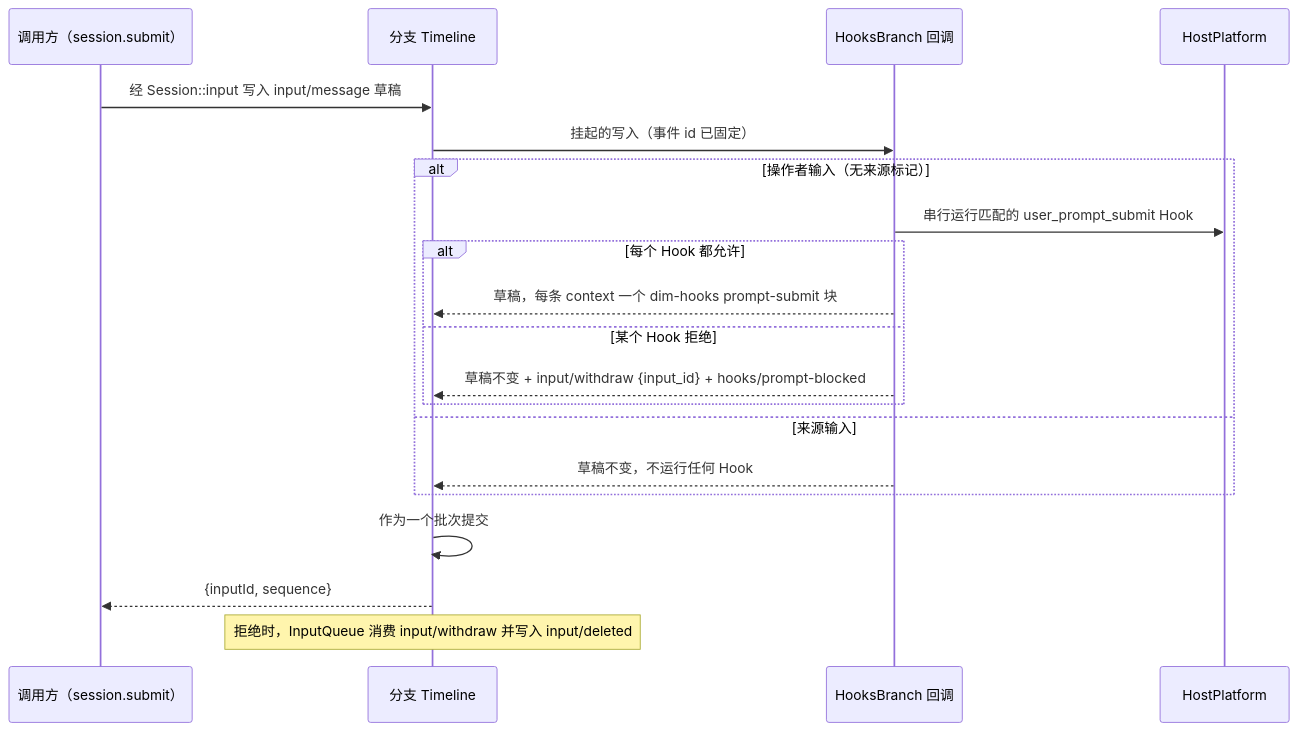
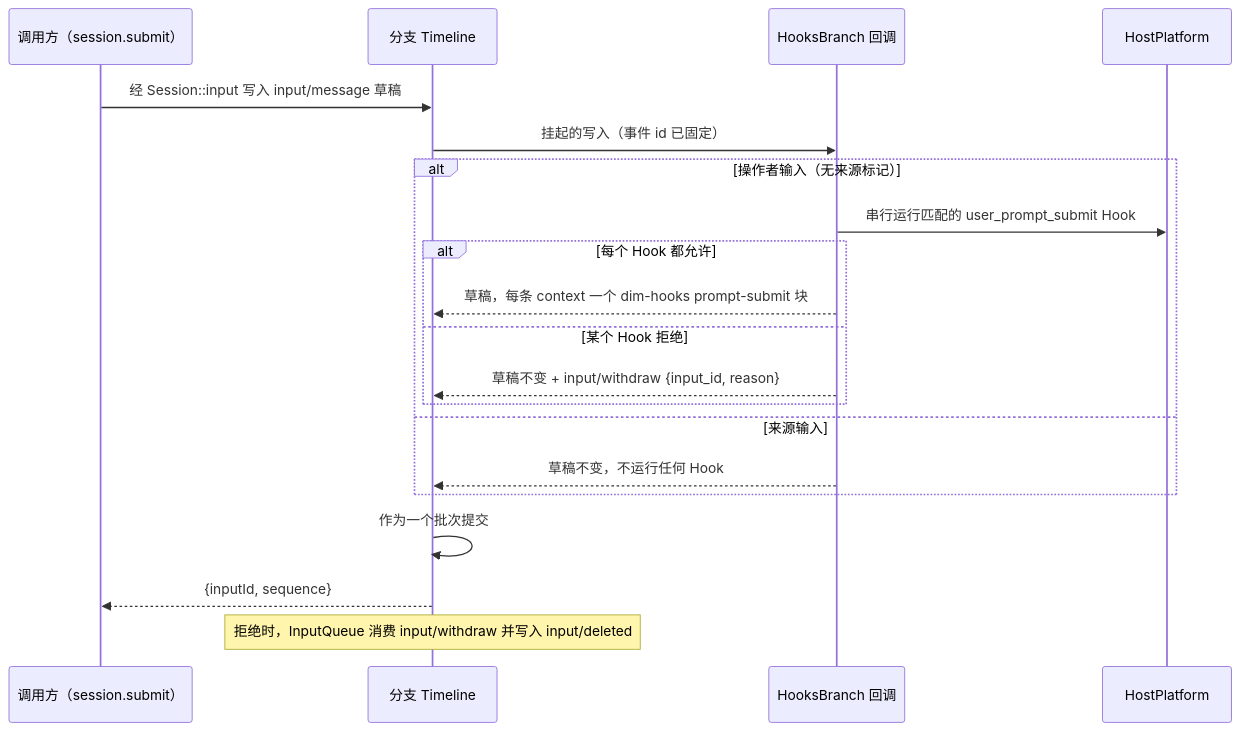
The fourth of 7 diagrams in docs/zh/design/plugins/Hooks.md (CoutinhoTTS/dim-agent), drawn with Mermaid before and after one commit. The commit also changed other lines of this file and 42 other files, not shown here.

````diff
--- a/docs/zh/design/plugins/Hooks.md
+++ b/docs/zh/design/plugins/Hooks.md
@@ -101,22 +104,22 @@
 ```mermaid
 sequenceDiagram
   participant C as 调用方（session.submit）
   participant TL as 分支 Timeline
   participant HB as HooksBranch 回调
   participant HP as HostPlatform
   C->>TL: 经 Session::input 写入 input/message 草稿
   TL->>HB: 挂起的写入（事件 id 已固定）
   alt 操作者输入（无来源标记）
     HB->>HP: 串行运行匹配的 user_prompt_submit Hook
     alt 每个 Hook 都允许
       HB-->>TL: 草稿，每条 context 一个 dim-hooks prompt-submit 块
     else 某个 Hook 拒绝
-      HB-->>TL: 草稿不变 + input/withdraw {input_id} + hooks/prompt-blocked
+      HB-->>TL: 草稿不变 + input/withdraw {input_id, reason}
     end
   else 来源输入
     HB-->>TL: 草稿不变，不运行任何 Hook
   end
   TL->>TL: 作为一个批次提交
   TL-->>C: {inputId, sequence}
   Note over TL: 拒绝时，InputQueue 消费 input/withdraw 并写入 input/deleted
 ```
````
